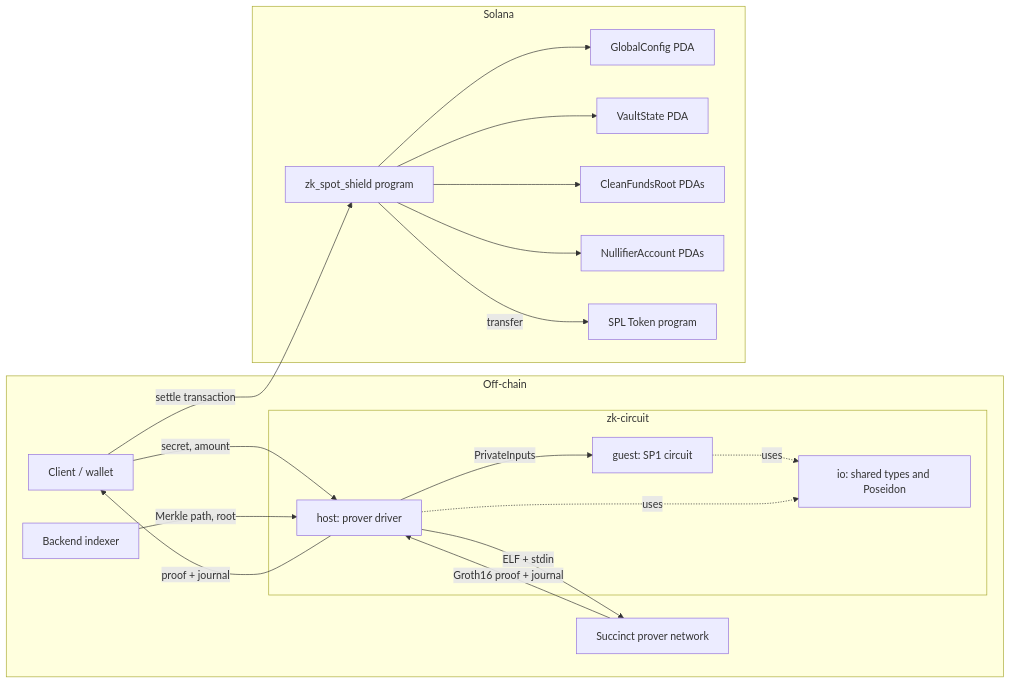
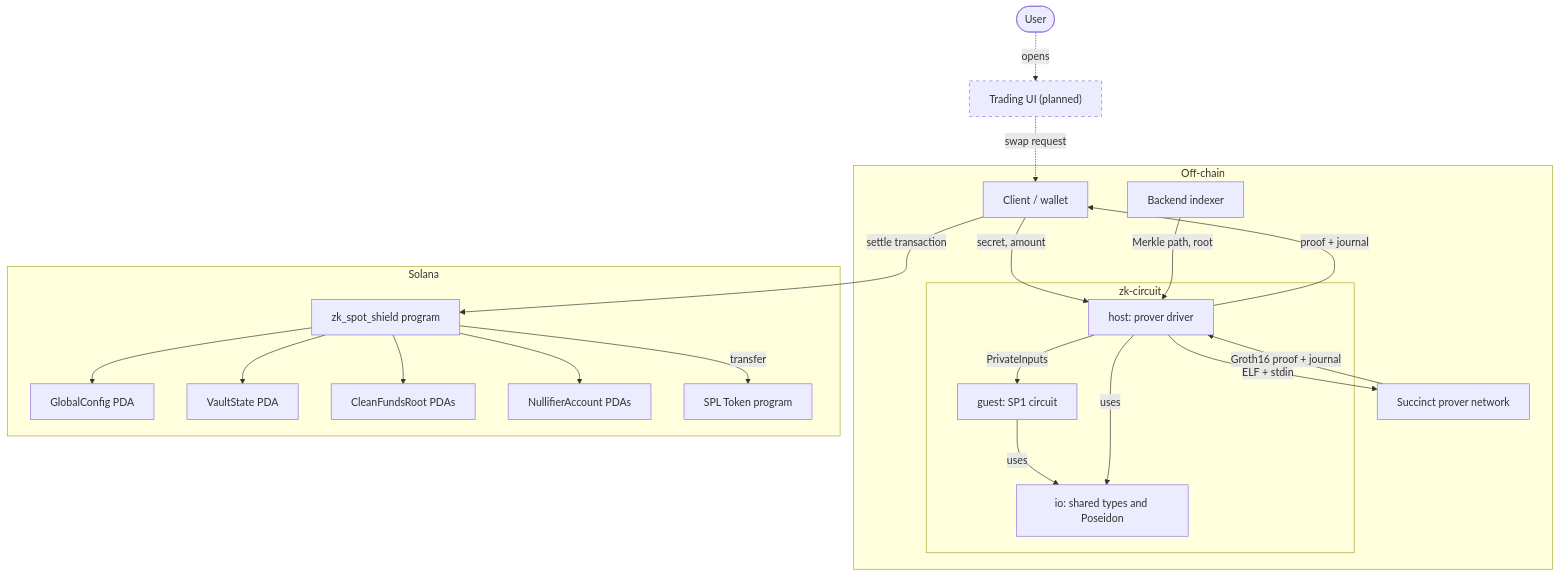
One commit to pprogrammingg/zk-spot-shield changed the first of 3 diagrams in docs/architecture.md. Above: the diagram before and after it, drawn with Mermaid. The commit also changed other lines of this file and 12 other files, not shown here.

````diff
--- a/docs/architecture.md
+++ b/docs/architecture.md
@@ -7,36 +9,44 @@
 ```mermaid
-flowchart LR
+flowchart TB
+    User(["User"])
+    Ui["Trading UI (planned)"]
+    User -.->|"opens"| Ui
+    Ui -.->|"swap request"| Client
+
     subgraph offchain [Off-chain]
         Client["Client / wallet"]
         Indexer["Backend indexer"]
         subgraph zk [zk-circuit]
             Io["io: shared types and Poseidon"]
             Host["host: prover driver"]
             Guest["guest: SP1 circuit"]
         end
         Prover["Succinct prover network"]
     end
     subgraph onchain [Solana]
         Program["zk_spot_shield program"]
         Config["GlobalConfig PDA"]
         Vault["VaultState PDA"]
         Roots["CleanFundsRoot PDAs"]
         Nullifiers["NullifierAccount PDAs"]
         Spl["SPL Token program"]
     end
 
     Client -->|"secret, amount"| Host
     Indexer -->|"Merkle path, root"| Host
     Host -->|"PrivateInputs"| Guest
-    Guest -.->|uses| Io
-    Host -.->|uses| Io
+    Guest -->|uses| Io
+    Host -->|uses| Io
     Host -->|"ELF + stdin"| Prover
     Prover -->|"Groth16 proof + journal"| Host
     Host -->|"proof + journal"| Client
     Client -->|"settle transaction"| Program
     Program --> Config
     Program --> Vault
     Program --> Roots
     Program --> Nullifiers
     Program -->|"transfer"| Spl
+
+    classDef planned stroke-dasharray: 5 5
+    class Ui planned
 ```
````
